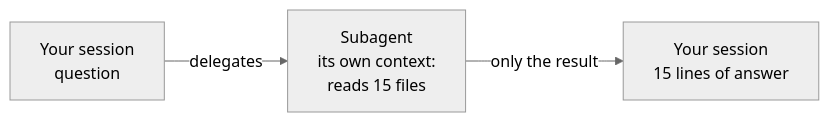
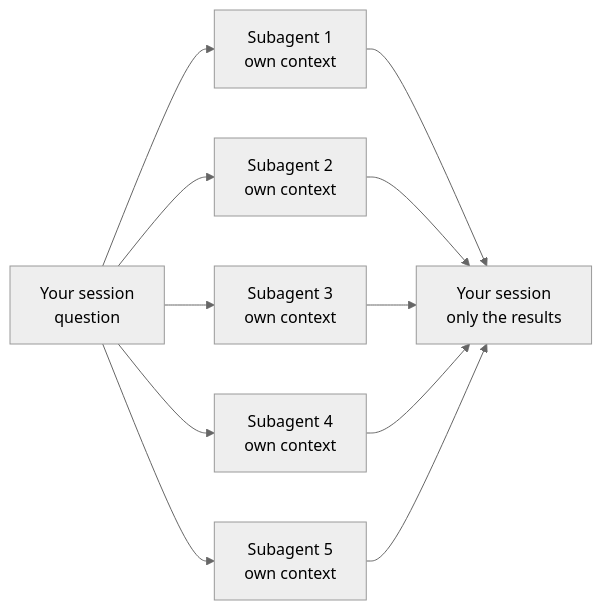
Before and after one commit to fb-talks/claude-fundamentals: the diagram in decks/06-subagents.md, drawn with Mermaid (neutral theme). The commit also changed other lines of this file and 1 other file, not shown here.

Commit message:
update content

````diff
--- a/decks/06-subagents.md
+++ b/decks/06-subagents.md
@@ -19,5 +19,13 @@
 ```mermaid
 flowchart LR
-  Q["Your session<br/>question"] -->|delegates| AG["Subagent<br/>its own context:<br/>reads 15 files"]
-  AG -->|only the result| R["Your session<br/>15 lines of answer"]
+  Q["Your session<br/>question"] --> A1["Subagent 1<br/>own context"]
+  Q --> A2["Subagent 2<br/>own context"]
+  Q --> A3["Subagent 3<br/>own context"]
+  Q --> A4["Subagent 4<br/>own context"]
+  Q --> A5["Subagent 5<br/>own context"]
+  A1 --> R["Your session<br/>only the results"]
+  A2 --> R
+  A3 --> R
+  A4 --> R
+  A5 --> R
 ```
````
